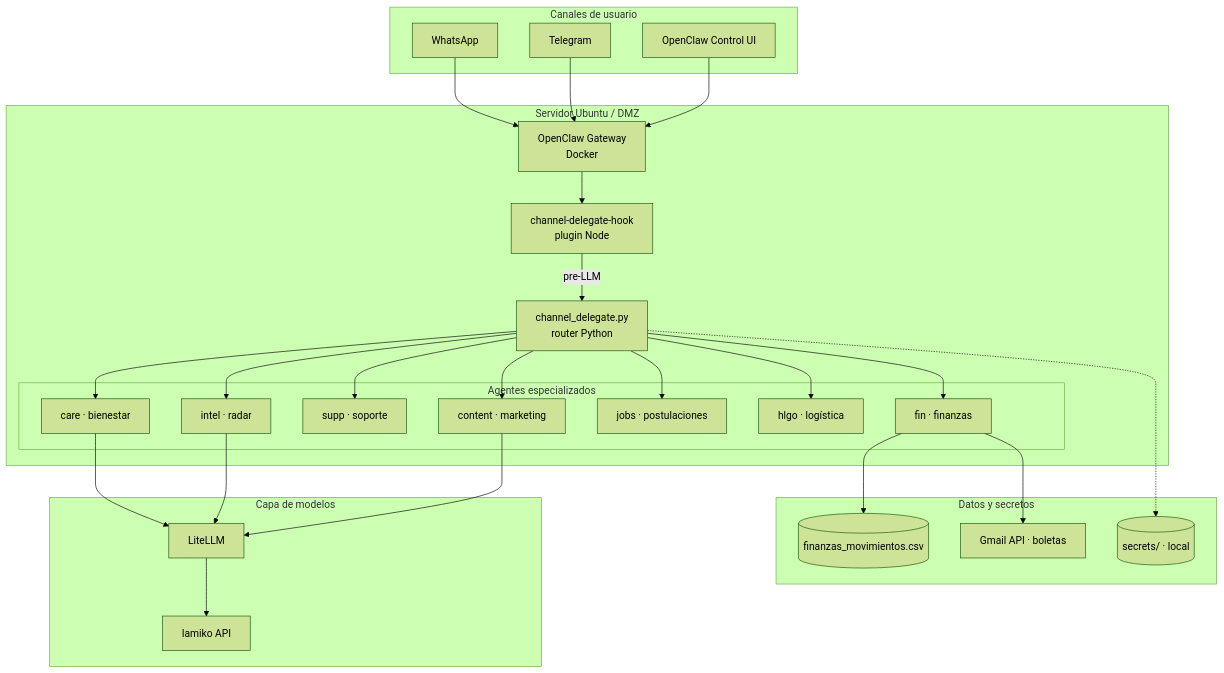
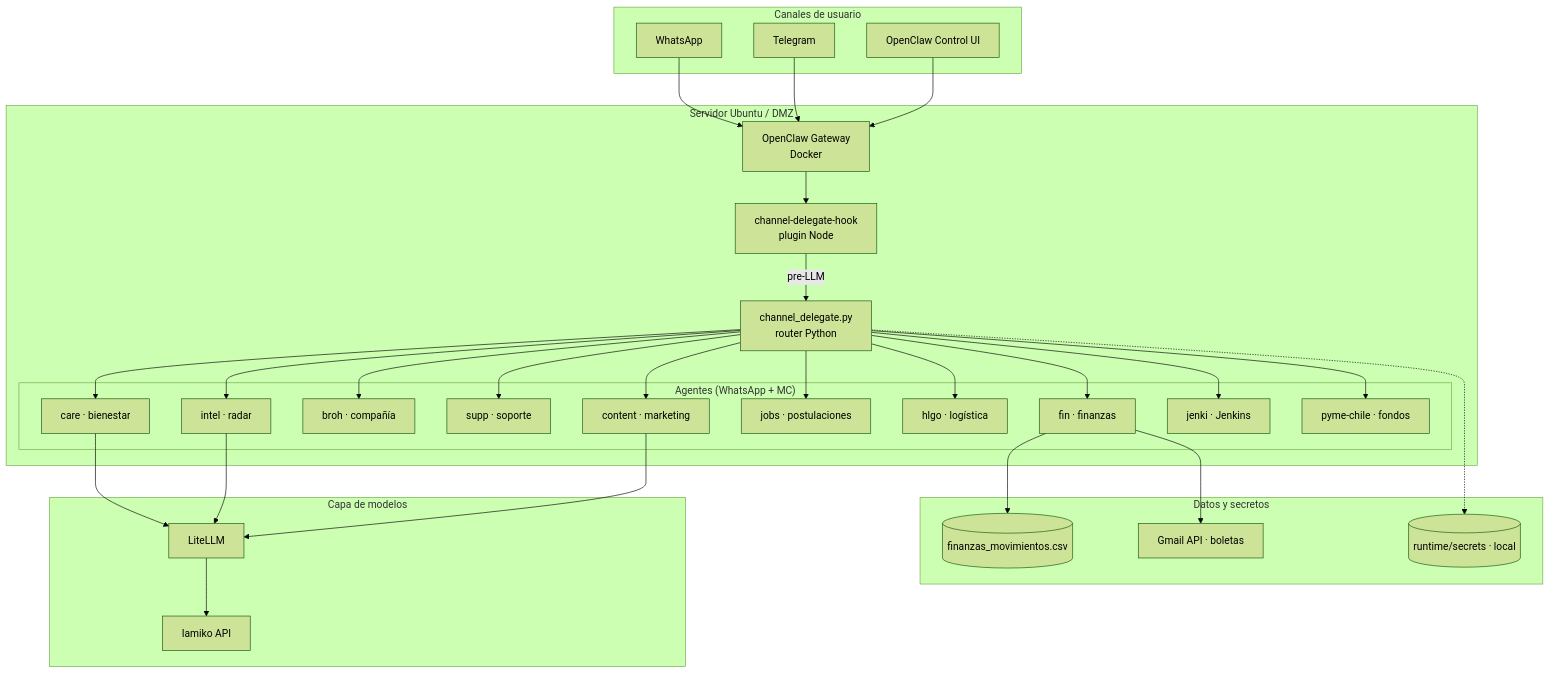
One commit to Maurog-castros/openclaw-ubuntu-server changed the first of 4 diagrams in README.md. Above: the diagram before and after it, drawn with Mermaid (forest theme). The commit also changed other lines of this file and 3 other files, not shown here.

First line of the commit message:
docs: catalog all 13 gateway agents (broh, jenki)

````diff
--- a/README.md
+++ b/README.md
@@ -32,45 +32,48 @@
 ```mermaid
 flowchart TB
     subgraph Canales["Canales de usuario"]
         WA[WhatsApp]
         TG[Telegram]
         UI[OpenClaw Control UI]
     end
 
     subgraph DMZ["Servidor Ubuntu / DMZ"]
         GW[OpenClaw Gateway<br/>Docker]
         HOOK[channel-delegate-hook<br/>plugin Node]
         CD[channel_delegate.py<br/>router Python]
-        subgraph Agentes["Agentes especializados"]
+        subgraph Agentes["Agentes (WhatsApp + MC)"]
             FIN[fin · finanzas]
             CARE[care · bienestar]
+            BROH[broh · compañía]
             SUPP[supp · soporte]
             INTEL[intel · radar]
             JOBS[jobs · postulaciones]
             HLGO[hlgo · logística]
             CONTENT[content · marketing]
+            JENKI[jenki · Jenkins]
+            PYME[pyme-chile · fondos]
         end
     end
 
     subgraph Datos["Datos y secretos"]
         CSV[(finanzas_movimientos.csv)]
         GMAIL[Gmail API · boletas]
-        SEC[(secrets/ · local)]
+        SEC[(runtime/secrets · local)]
     end
 
     subgraph IA["Capa de modelos"]
         LITELLM[LiteLLM]
         IAMIKO[Iamiko API]
     end
 
     WA --> GW
     TG --> GW
     UI --> GW
     GW --> HOOK
     HOOK -->|pre-LLM| CD
-    CD --> FIN & CARE & SUPP & INTEL & JOBS & HLGO & CONTENT
+    CD --> FIN & CARE & BROH & SUPP & INTEL & JOBS & HLGO & CONTENT & JENKI & PYME
     FIN --> CSV
     FIN --> GMAIL
     CARE & INTEL & CONTENT --> LITELLM --> IAMIKO
     CD -.-> SEC
 ```
````
